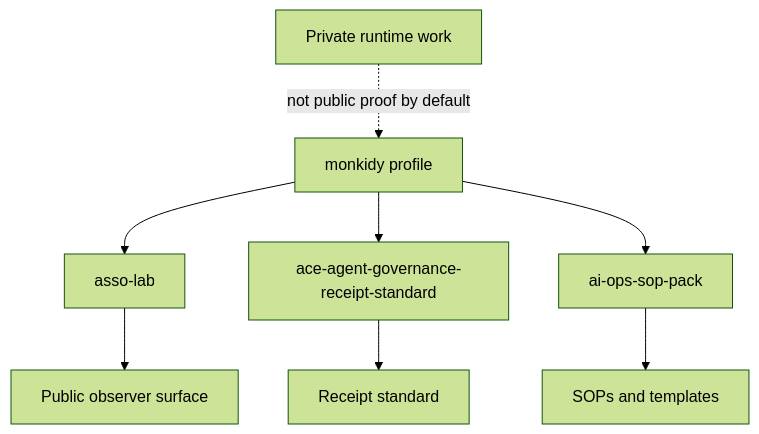
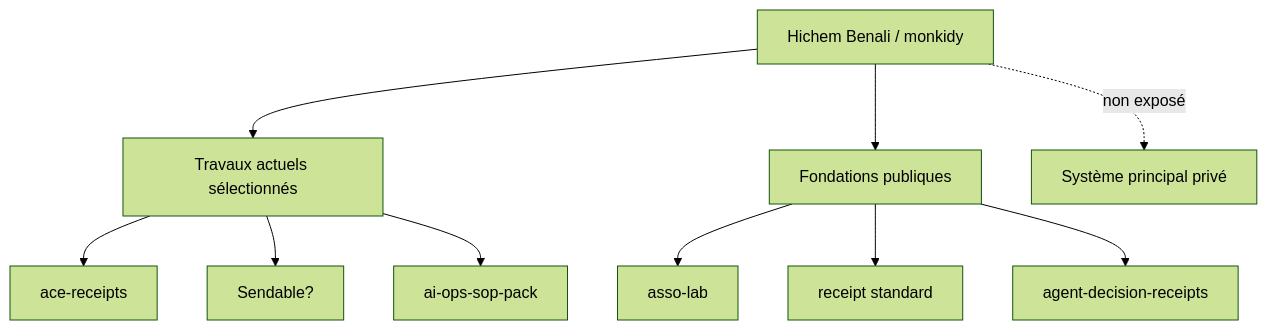
The diagram in VISUAL_OVERVIEW.md (monkidy/monkidy), drawn with Mermaid (forest theme) before and after one commit. The commit also changed other lines of this file, not shown here.

Commit message:
profile: replace ACE map with Hichem public surface

````diff
--- a/VISUAL_OVERVIEW.md
+++ b/VISUAL_OVERVIEW.md
@@ -11,10 +20,14 @@
 ```mermaid
 flowchart TD
-    A[monkidy profile] --> B[asso-lab]
-    A --> C[ace-agent-governance-receipt-standard]
-    A --> D[ai-ops-sop-pack]
-    B --> E[Public observer surface]
-    C --> F[Receipt standard]
-    D --> G[SOPs and templates]
-    H[Private runtime work] -.not public proof by default.-> A
+    A[Hichem Benali / monkidy] --> B[Travaux actuels sélectionnés]
+    A --> C[Fondations publiques]
+    A -. non exposé .-> D[Système principal privé]
+
+    B --> E[ace-receipts]
+    B --> F[Sendable?]
+    B --> G[ai-ops-sop-pack]
+
+    C --> H[asso-lab]
+    C --> I[receipt standard]
+    C --> J[agent-decision-receipts]
 ```
````
